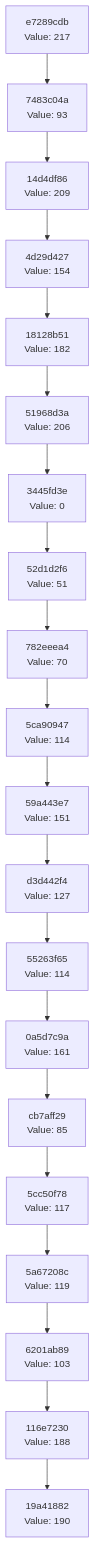
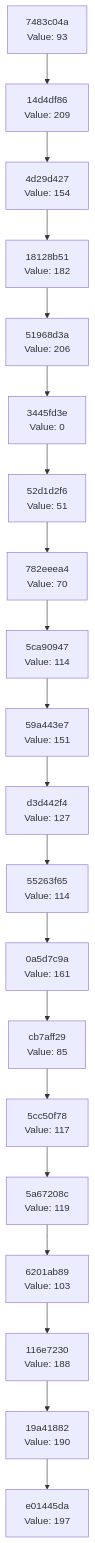
The diagram in docs/CHAIN_VISUALIZATION.md (Abhisheksinha1506/hash-chain-evolver), drawn with Mermaid before and after one commit. The commit also changed 2 other files, not shown here.

Commit message:
Evolution Step

````diff
--- a/docs/CHAIN_VISUALIZATION.md
+++ b/docs/CHAIN_VISUALIZATION.md
@@ -3,42 +3,42 @@
 ```mermaid
 graph TD
-    C0["19a41882<br/>Value: 190"]
-    C1["116e7230<br/>Value: 188"]
+    C0["e01445da<br/>Value: 197"]
+    C1["19a41882<br/>Value: 190"]
     C1 --> C0
-    C2["6201ab89<br/>Value: 103"]
+    C2["116e7230<br/>Value: 188"]
     C2 --> C1
-    C3["5a67208c<br/>Value: 119"]
+    C3["6201ab89<br/>Value: 103"]
     C3 --> C2
-    C4["5cc50f78<br/>Value: 117"]
+    C4["5a67208c<br/>Value: 119"]
     C4 --> C3
-    C5["cb7aff29<br/>Value: 85"]
+    C5["5cc50f78<br/>Value: 117"]
     C5 --> C4
-    C6["0a5d7c9a<br/>Value: 161"]
+    C6["cb7aff29<br/>Value: 85"]
     C6 --> C5
-    C7["55263f65<br/>Value: 114"]
+    C7["0a5d7c9a<br/>Value: 161"]
     C7 --> C6
-    C8["d3d442f4<br/>Value: 127"]
+    C8["55263f65<br/>Value: 114"]
     C8 --> C7
-    C9["59a443e7<br/>Value: 151"]
+    C9["d3d442f4<br/>Value: 127"]
     C9 --> C8
-    C10["5ca90947<br/>Value: 114"]
+    C10["59a443e7<br/>Value: 151"]
     C10 --> C9
-    C11["782eeea4<br/>Value: 70"]
+    C11["5ca90947<br/>Value: 114"]
     C11 --> C10
-    C12["52d1d2f6<br/>Value: 51"]
+    C12["782eeea4<br/>Value: 70"]
     C12 --> C11
-    C13["3445fd3e<br/>Value: 0"]
+    C13["52d1d2f6<br/>Value: 51"]
     C13 --> C12
-    C14["51968d3a<br/>Value: 206"]
+    C14["3445fd3e<br/>Value: 0"]
     C14 --> C13
-    C15["18128b51<br/>Value: 182"]
+    C15["51968d3a<br/>Value: 206"]
     C15 --> C14
-    C16["4d29d427<br/>Value: 154"]
+    C16["18128b51<br/>Value: 182"]
     C16 --> C15
-    C17["14d4df86<br/>Value: 209"]
+    C17["4d29d427<br/>Value: 154"]
     C17 --> C16
-    C18["7483c04a<br/>Value: 93"]
+    C18["14d4df86<br/>Value: 209"]
     C18 --> C17
-    C19["e7289cdb<br/>Value: 217"]
+    C19["7483c04a<br/>Value: 93"]
     C19 --> C18
 ```
````
